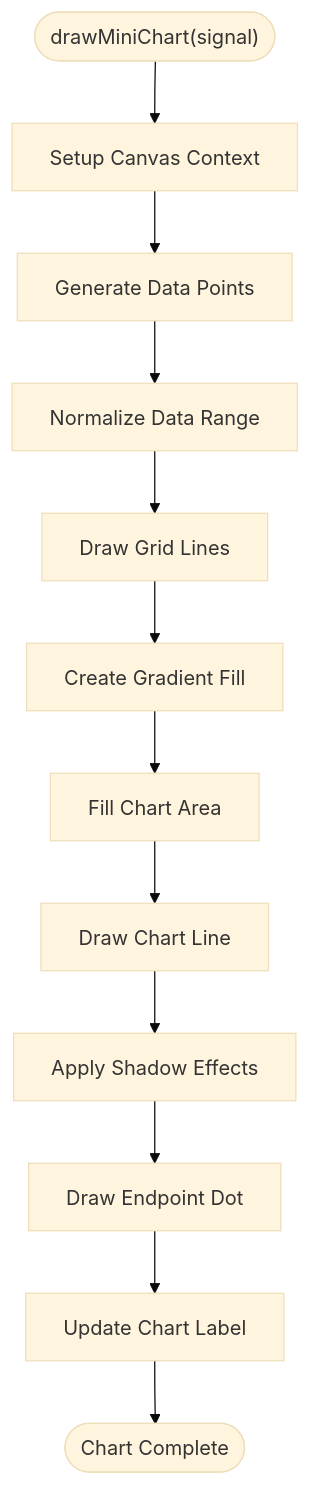
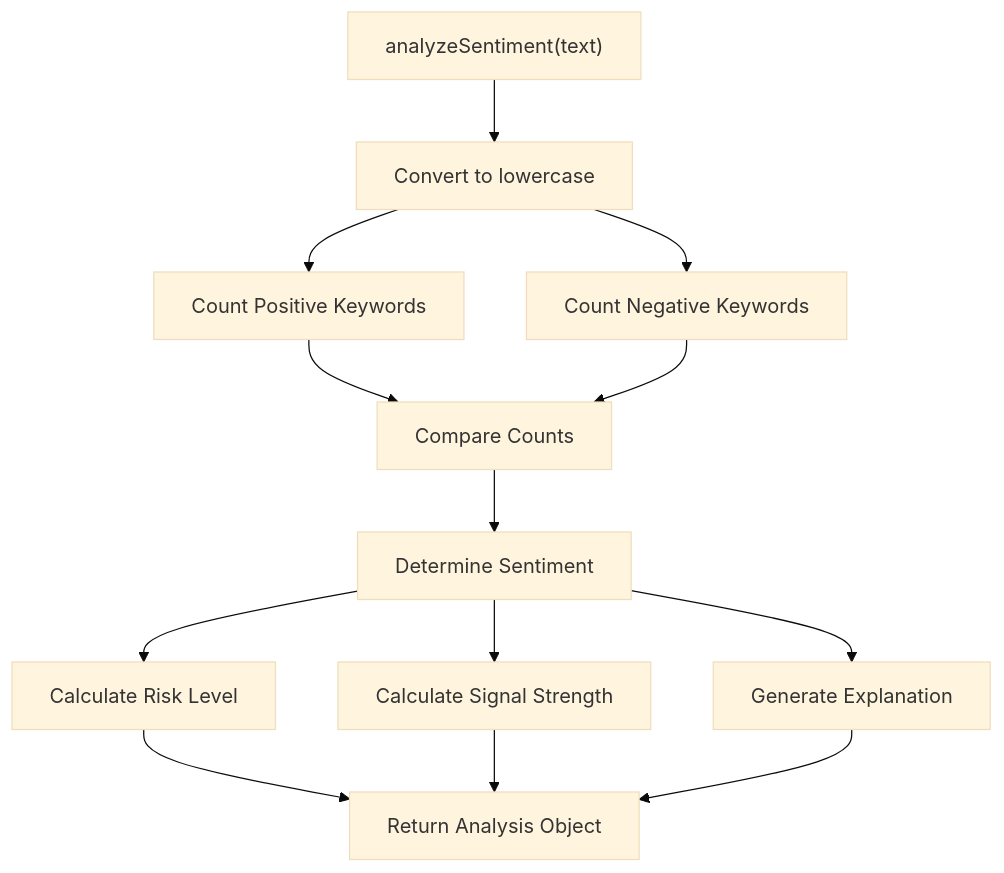
The fifth of 6 diagrams in .qoder/repowiki/en/content/JavaScript Implementation.md (ayushtiwari1526/TheReinforcers_AyushTiwari), drawn with Mermaid (base theme) before and after one commit. The commit also changed other lines of this file and 16 other files, not shown here.

````diff
--- a/.qoder/repowiki/en/content/JavaScript Implementation.md
+++ b/.qoder/repowiki/en/content/JavaScript Implementation.md
@@ -267,14 +273,15 @@
 ```mermaid
 flowchart TD
-ChartStart(["drawMiniChart(signal)"]) --> Setup["Setup Canvas Context"]
-Setup --> Generate["Generate Data Points"]
-Generate --> Normalize["Normalize Data Range"]
-Normalize --> Grid["Draw Grid Lines"]
-Grid --> Gradient["Create Gradient Fill"]
-Gradient --> Fill["Fill Chart Area"]
-Fill --> Line["Draw Chart Line"]
-Line --> Shadow["Apply Shadow Effects"]
-Shadow --> Dot["Draw Endpoint Dot"]
-Dot --> Label["Update Chart Label"]
-Label --> ChartEnd(["Chart Complete"])
+Input["analyzeSentiment(text)"] --> Lowercase["Convert to lowercase"]
+Lowercase --> CountPos["Count Positive Keywords"]
+Lowercase --> CountNeg["Count Negative Keywords"]
+CountPos --> Compare["Compare Counts"]
+CountNeg --> Compare
+Compare --> Determine["Determine Sentiment"]
+Determine --> Risk["Calculate Risk Level"]
+Determine --> Strength["Calculate Signal Strength"]
+Determine --> Explanation["Generate Explanation"]
+Risk --> Output["Return Analysis Object"]
+Strength --> Output
+Explanation --> Output
 ```
````
